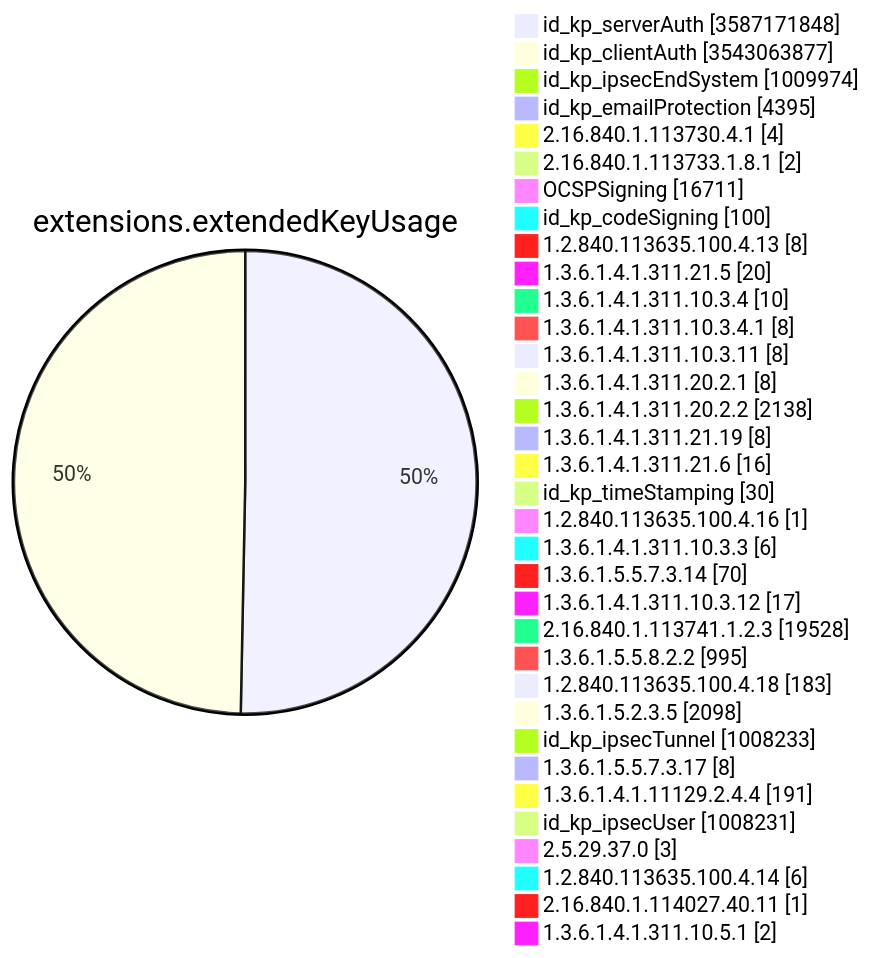
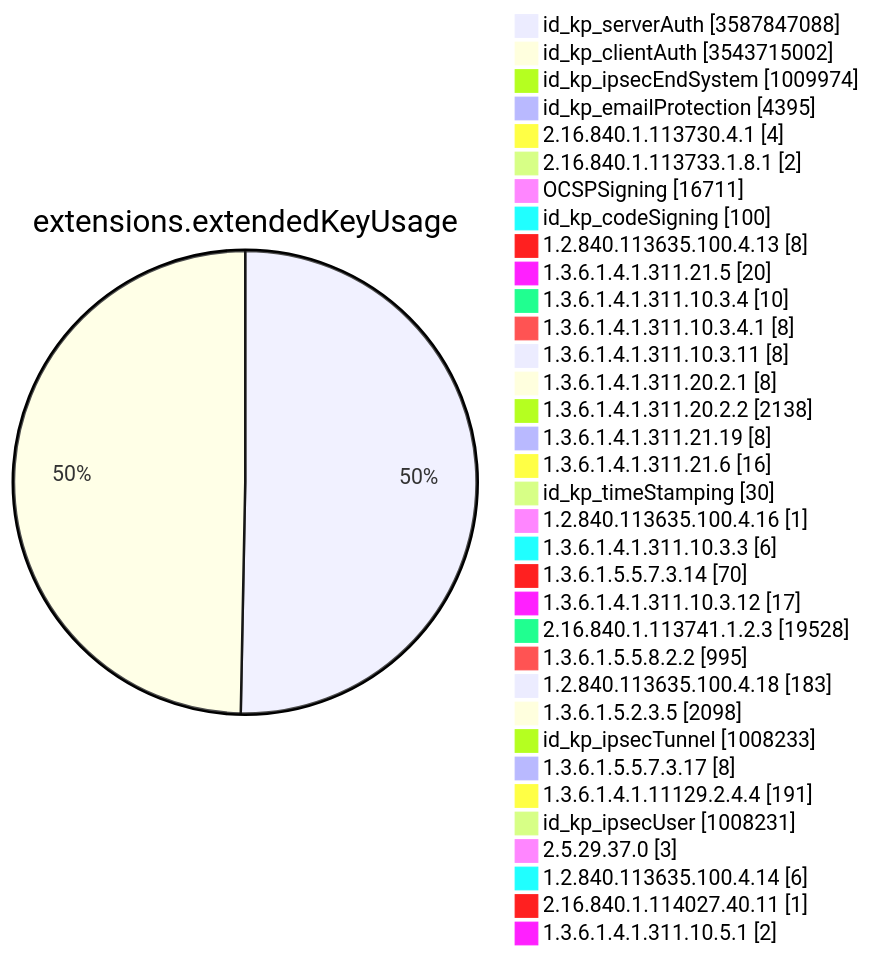
Before and after one commit to christiankrug/ctmonitor_visualization: diagram 11 of 15 in TOTAL/README.md, drawn with Mermaid. The commit also changed other lines of this file, not shown here.

````diff
--- a/TOTAL/README.md
+++ b/TOTAL/README.md
@@ -4128,38 +4128,38 @@
 ```mermaid
 pie showData
 title extensions.extendedKeyUsage
-"id_kp_serverAuth" :3587171848
-"id_kp_clientAuth" :3543063877
+"id_kp_serverAuth" :3587847088
+"id_kp_clientAuth" :3543715002
 "id_kp_ipsecEndSystem" :1009974
 "id_kp_emailProtection" :4395
 "2.16.840.1.113730.4.1" :4
 "2.16.840.1.113733.1.8.1" :2
 "OCSPSigning" :16711
 "id_kp_codeSigning" :100
 "1.2.840.113635.100.4.13" :8
 "1.3.6.1.4.1.311.21.5" :20
 "1.3.6.1.4.1.311.10.3.4" :10
 "1.3.6.1.4.1.311.10.3.4.1" :8
 "1.3.6.1.4.1.311.10.3.11" :8
 "1.3.6.1.4.1.311.20.2.1" :8
 "1.3.6.1.4.1.311.20.2.2" :2138
 "1.3.6.1.4.1.311.21.19" :8
 "1.3.6.1.4.1.311.21.6" :16
 "id_kp_timeStamping" :30
 "1.2.840.113635.100.4.16" :1
 "1.3.6.1.4.1.311.10.3.3" :6
 "1.3.6.1.5.5.7.3.14" :70
 "1.3.6.1.4.1.311.10.3.12" :17
 "2.16.840.1.113741.1.2.3" :19528
 "1.3.6.1.5.5.8.2.2" :995
 "1.2.840.113635.100.4.18" :183
 "1.3.6.1.5.2.3.5" :2098
 "id_kp_ipsecTunnel" :1008233
 "1.3.6.1.5.5.7.3.17" :8
 "1.3.6.1.4.1.11129.2.4.4" :191
 "id_kp_ipsecUser" :1008231
 "2.5.29.37.0" :3
 "1.2.840.113635.100.4.14" :6
 "2.16.840.1.114027.40.11" :1
 "1.3.6.1.4.1.311.10.5.1" :2
 ```
````
